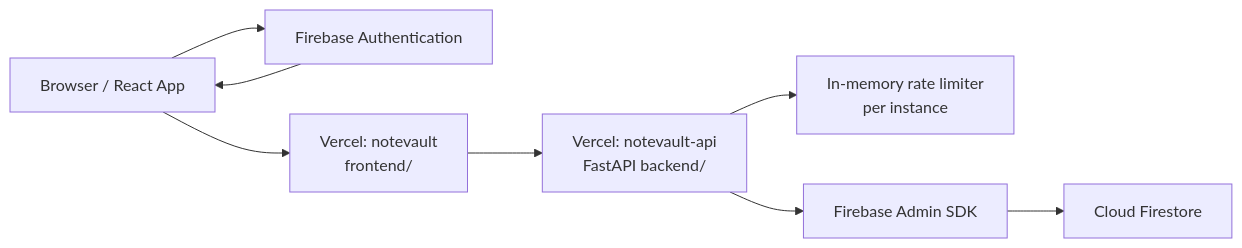
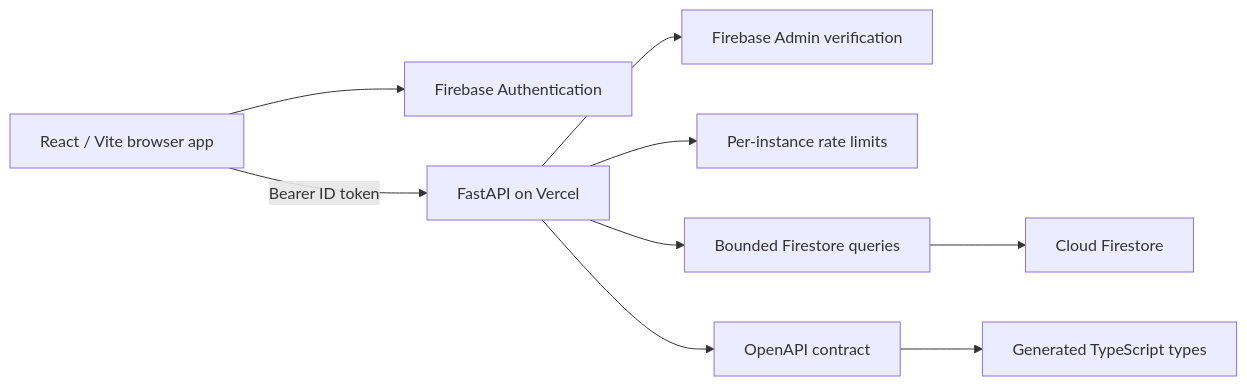
The diagram in README.md (Yangjunjie-Lin/notevault), drawn with Mermaid before and after one commit. The commit also changed other lines of this file and 49 other files, not shown here.

````diff
--- a/README.md
+++ b/README.md
@@ -49,10 +20,11 @@
 ```mermaid
 flowchart LR
-  browser["Browser / React App"] --> auth["Firebase Authentication"]
-  browser --> frontend["Vercel: notevault\nfrontend/"]
-  frontend --> api["Vercel: notevault-api\nFastAPI backend/"]
-  api --> limiter["In-memory rate limiter\nper instance"]
-  api --> admin["Firebase Admin SDK"]
-  admin --> firestore["Cloud Firestore"]
-  auth --> browser
+  browser["React / Vite browser app"] --> auth["Firebase Authentication"]
+  browser -->|"Bearer ID token"| api["FastAPI on Vercel"]
+  api --> verify["Firebase Admin verification"]
+  api --> limiter["Per-instance rate limits"]
+  api --> query["Bounded Firestore queries"]
+  query --> firestore["Cloud Firestore"]
+  api --> openapi["OpenAPI contract"]
+  openapi --> types["Generated TypeScript types"]
 ```
````
